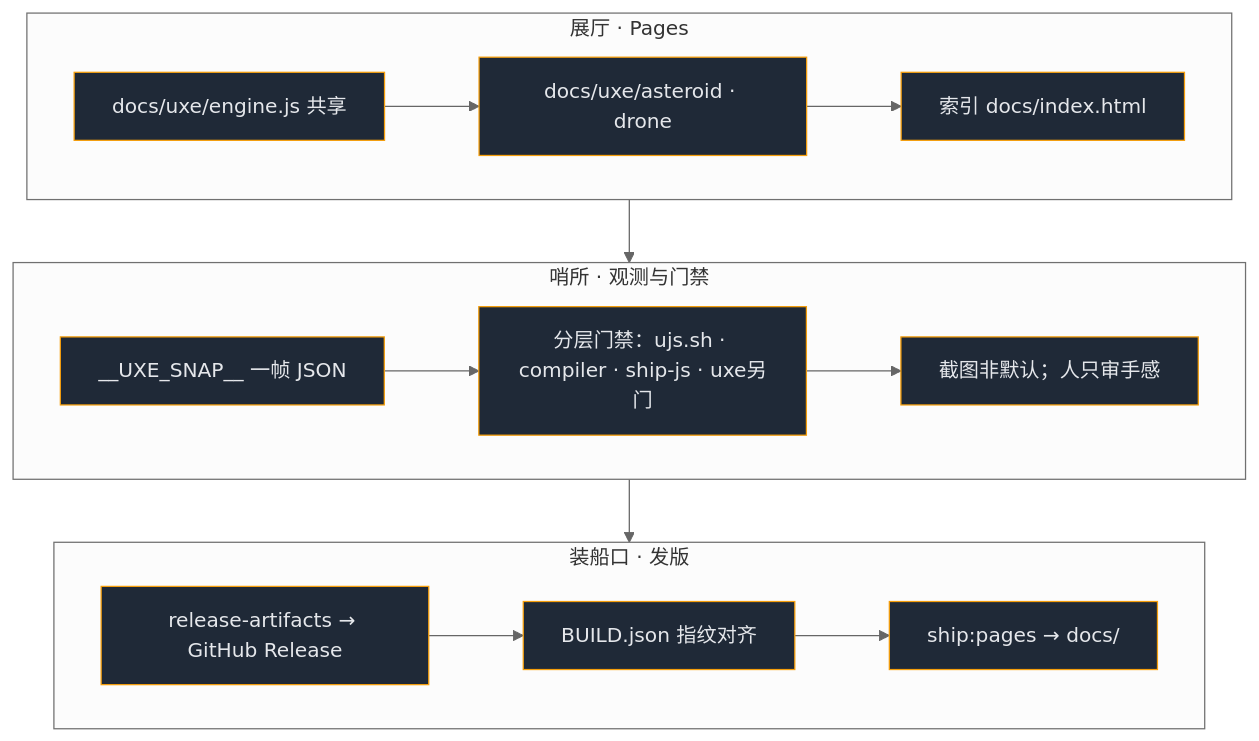
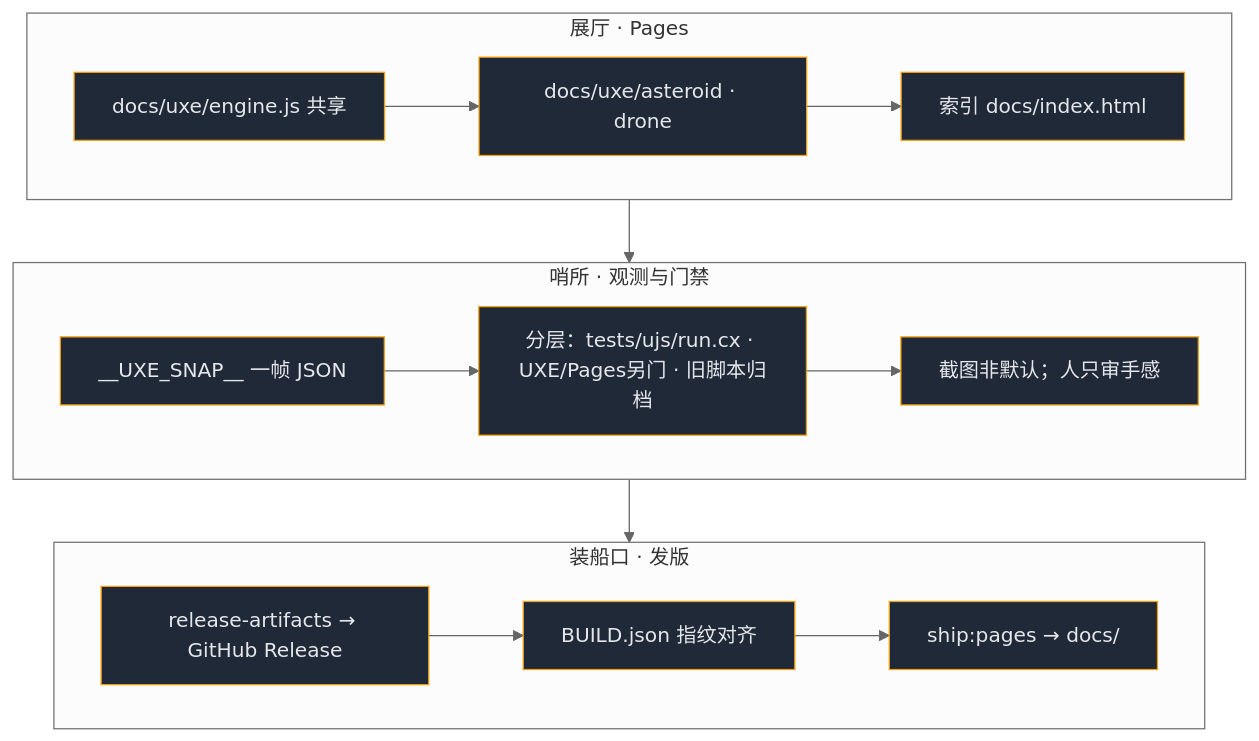
One commit to partnernetsoftware/unisacc changed the second of 6 diagrams in ujs/prd.md. Above: the diagram before and after it, drawn with Mermaid (neutral theme). The commit also changed other lines of this file and 6 other files, not shown here.

````diff
--- a/ujs/prd.md
+++ b/ujs/prd.md
@@ -514,28 +515,28 @@
 ```mermaid
 flowchart TD
     subgraph R5["展厅 · Pages"]
         E1["docs/uxe/engine.js 共享"]
         E2["docs/uxe/asteroid · drone"]
         E3["索引 docs/index.html"]
         E1 --> E2 --> E3
     end
 
     subgraph R6["哨所 · 观测与门禁"]
         F1["__UXE_SNAP__ 一帧 JSON"]
-        F2["分层门禁：ujs.sh · compiler · ship-js · uxe另门"]
+        F2["分层：tests/ujs/run.cx · UXE/Pages另门 · 旧脚本归档"]
         F3["截图非默认；人只审手感"]
         F1 --> F2 --> F3
     end
 
     subgraph R7["装船口 · 发版"]
         G1["release-artifacts → GitHub Release"]
         G2["BUILD.json 指纹对齐"]
         G3["ship:pages → docs/"]
         G1 --> G2 --> G3
     end
 
     R5 --> R6 --> R7
 
     classDef room fill:#1f2937,stroke:#f59e0b,color:#e5e7eb
     class E1,E2,E3,F1,F2,F3,G1,G2,G3 room
 ```
````
